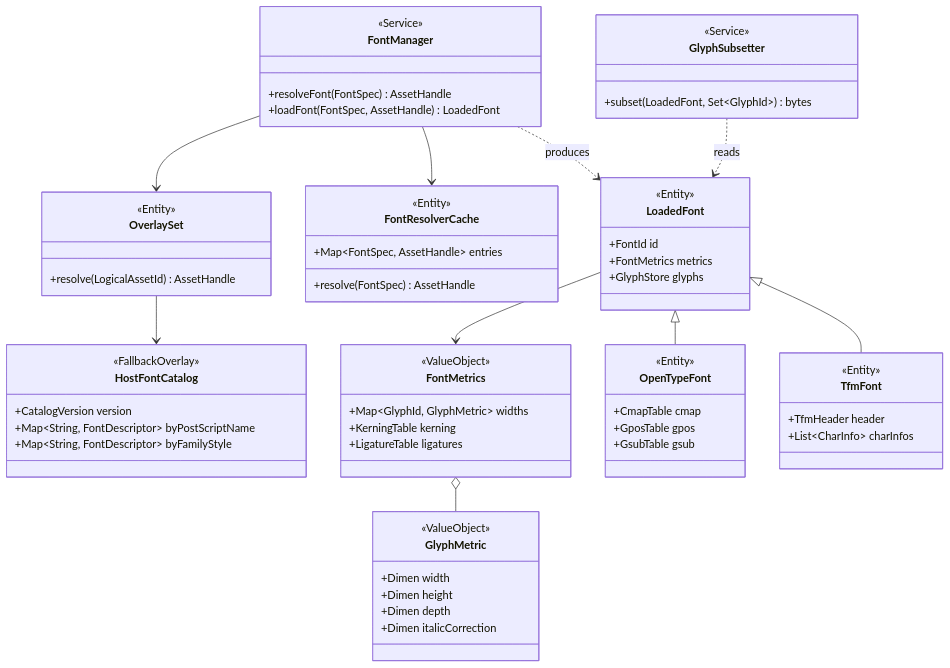
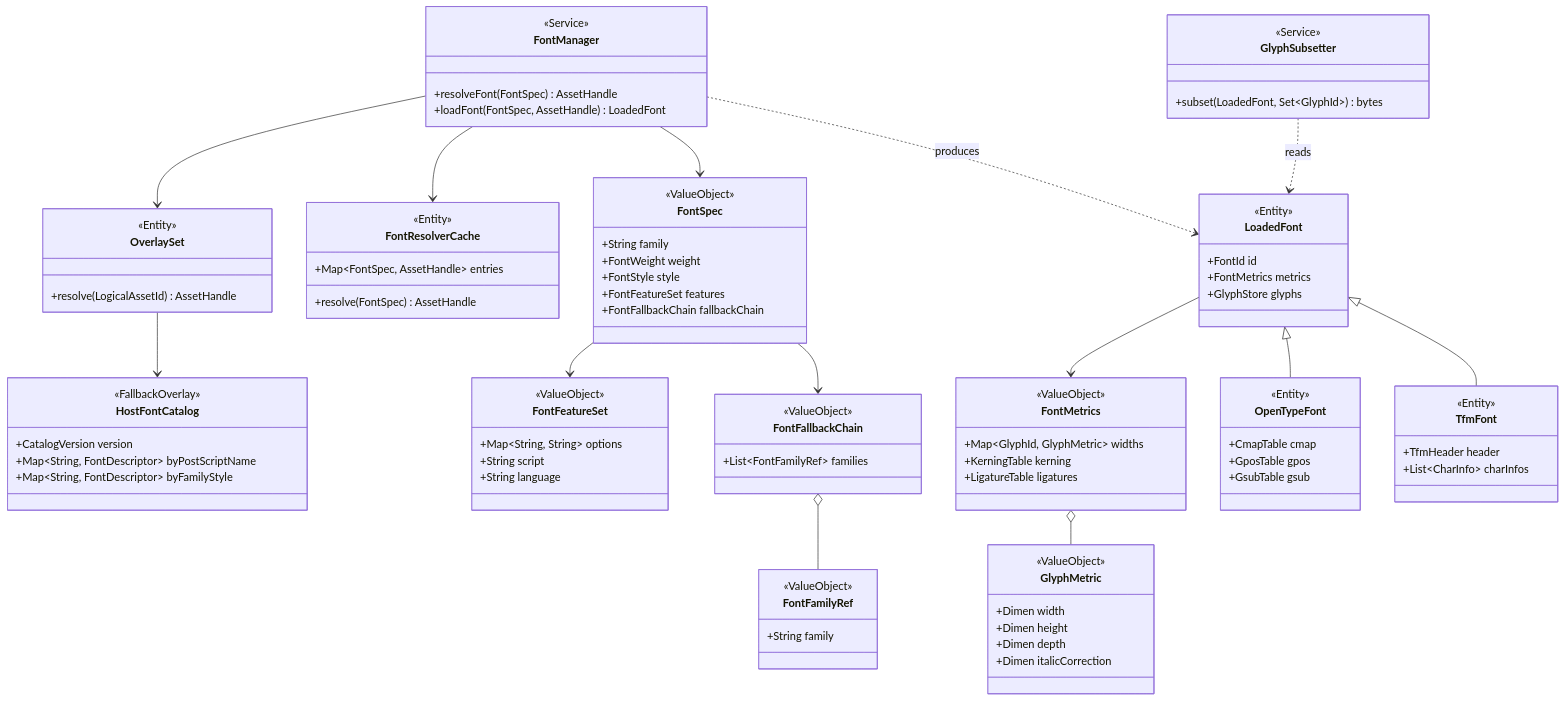
One commit to RK0429/ferritex changed the eighth of 12 diagrams in docs/domain_model.md. Above: the diagram before and after it, drawn with Mermaid. The commit also changed other lines of this file and 1 other file, not shown here.

````diff
--- a/docs/domain_model.md
+++ b/docs/domain_model.md
@@ -1520,5 +1561,27 @@
 ```mermaid
 classDiagram
+    class FontSpec {
+        <<ValueObject>>
+        +String family
+        +FontWeight weight
+        +FontStyle style
+        +FontFeatureSet features
+        +FontFallbackChain fallbackChain
+    }
+    class FontFeatureSet {
+        <<ValueObject>>
+        +Map~String, String~ options
+        +String script
+        +String language
+    }
+    class FontFallbackChain {
+        <<ValueObject>>
+        +List~FontFamilyRef~ families
+    }
+    class FontFamilyRef {
+        <<ValueObject>>
+        +String family
+    }
     class FontManager {
         <<Service>>
         +resolveFont(FontSpec) AssetHandle
@@ -1578,9 +1641,13 @@
     FontMetrics o-- GlyphMetric
     LoadedFont <|-- OpenTypeFont
     LoadedFont <|-- TfmFont
+    FontSpec --> FontFeatureSet
+    FontSpec --> FontFallbackChain
+    FontFallbackChain o-- FontFamilyRef
     FontManager --> OverlaySet
     FontManager --> FontResolverCache
     OverlaySet --> HostFontCatalog
+    FontManager --> FontSpec
     FontManager ..> LoadedFont : produces
     GlyphSubsetter ..> LoadedFont : reads
 ```
````
